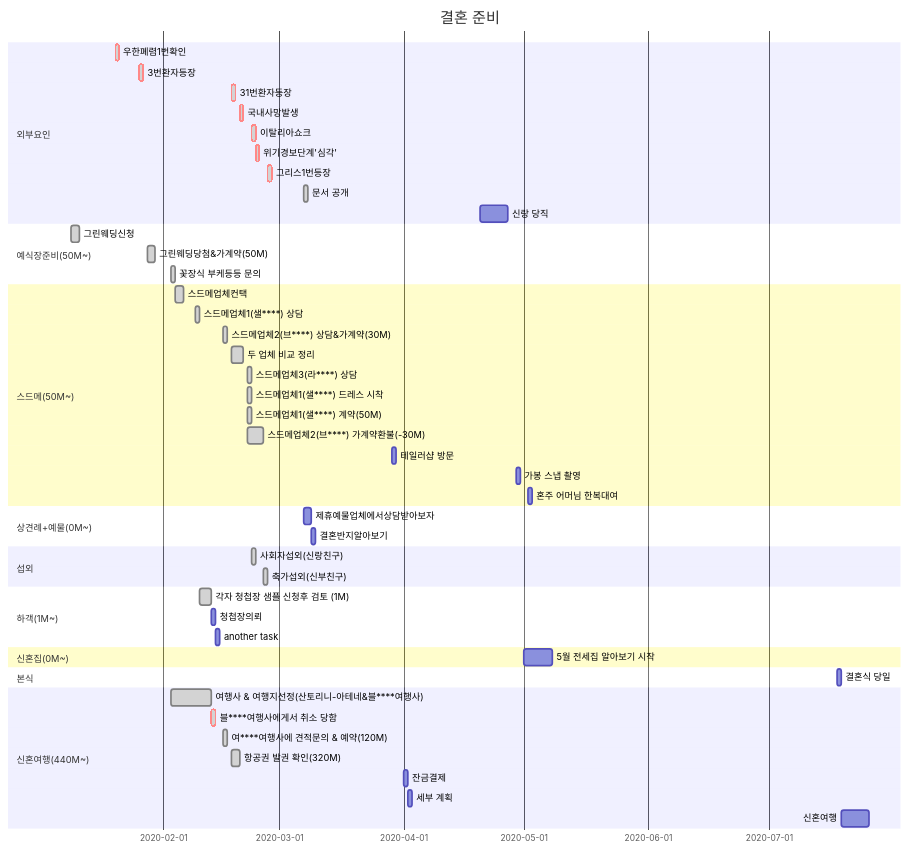
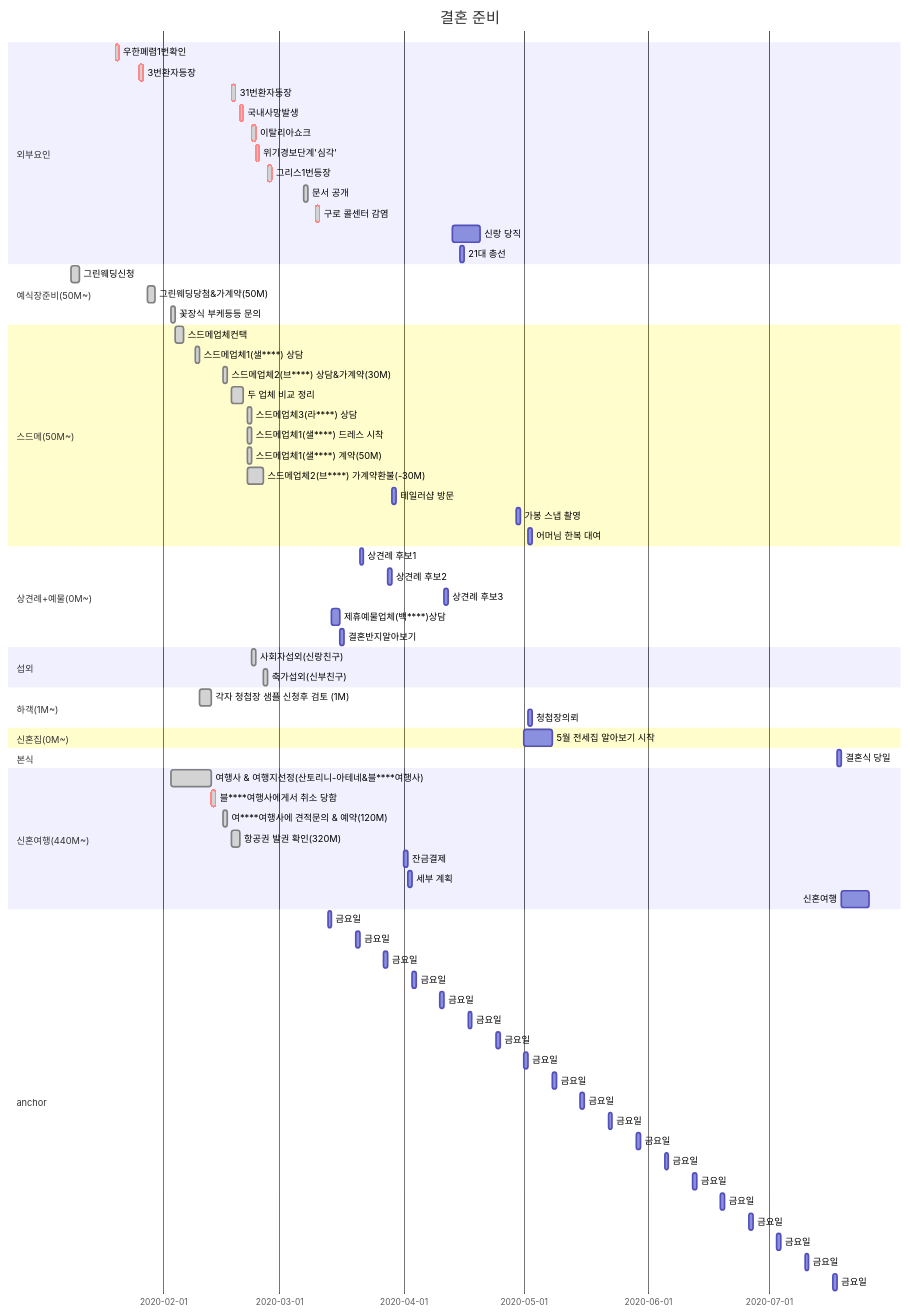
The diagram in docs/_static/journal.mmd (rino0601/hjk52knk), drawn with Mermaid before and after one commit. The commit also changed 3 other files, not shown here.

```diff
--- a/docs/_static/journal.mmd
+++ b/docs/_static/journal.mmd
@@ -1,61 +1,85 @@
 gantt
   title 결혼 준비
   dateFormat  YYYY-MM-DD
 
   section 외부요인
     우한폐렴1번확인: done, crit, 2020-01-20, 1d
     3번환자등장: done, crit, 2020-01-26, 1d
     31번환자등장: done, crit, 2020-02-18, 1d
     국내사망발생: done, crit, 2020-02-20, 1d
     이탈리아쇼크: done, crit, 2020-02-23, 1d
     위기경보단계'심각': done, crit, 2020-02-24, 1d
     그리스1번등장: done, crit, 2020-02-27, 1d
     문서 공개: done, 2020-03-07, 1d
-    신랑 당직: 2020-04-20, 7d
-
+    구로 콜센터 감염: done, crit, 2020-03-10, 1d
+    신랑 당직: 2020-04-13, 2020-04-20
+    21대 총선: 2020-04-15, 1d
 
   section 예식장준비(50M~)
     그린웨딩신청: done, 2020-01-09, 2d
     그린웨딩당첨&가계약(50M): done, 2020-01-28, 2d
     꽃장식 부케등등 문의: done, 2020-02-03, 1d
 
   section 스드메(50M~)
     스드메업체컨택: done, 2020-02-04, 2d
     스드메업체1(샐****) 상담: done, 2020-02-09, 1d
     스드메업체2(브****) 상담&가계약(30M): done, 2020-02-16, 1d
     두 업체 비교 정리: done, 2020-02-18, 2020-02-21
     스드메업체3(라****) 상담: done, 2020-02-22, 1d
     스드메업체1(샐****) 드레스 시착: done, 2020-02-22, 1d
     스드메업체1(샐****) 계약(50M): done, 2020-02-22, 1d
     스드메업체2(브****) 가계약환불(-30M): done, 2020-02-22, 2020-02-26
     테일러샵 방문: 2020-03-29, 1d
     가봉 스냅 촬영: 2020-04-29, 1d
-    혼주 어머님 한복대여: 2020-05-02, 1d
+    어머님 한복 대여: 2020-05-02, 1d
 
   section 상견례+예물(0M~)
-    제휴예물업체에서상담받아보자: 2020-03-07, 2d
+    상견례 후보1: 2020-03-21, 1d
+    상견례 후보2: 2020-03-28, 1d
+    상견례 후보3: 2020-04-11, 1d
+    제휴예물업체(백****)상담: after a18, 2d
     결혼반지알아보기: 1d
 
   section 섭외
     사회자섭외(신랑친구): done, 2020-02-23, 1d
     축가섭외(신부친구): done, 2020-02-26, 1d
 
   section 하객(1M~)
     각자 청첩장 샘플 신청후 검토 (1M): done, 2020-02-10, 2020-02-13
-    청첩장의뢰                :1d
-    another task             :1d
+    청첩장의뢰                : after a11, 1d
 
   section 신혼집(0M~)
     5월 전세집 알아보기 시작: 2020-05-01, 7d
 
   section 본식
     결혼식 당일: dday, 2020-07-18  , 1d
 
   section 신혼여행(440M~)
     여행사 & 여행지선정(산토리니-아테네&블****여행사): done, 2020-02-03, 2020-02-13
     블****여행사에게서 취소 당함: done, crit, 2020-02-13, 1d
     여****여행사에 견적문의 & 예약(120M): done, 2020-02-16, 2020-02-17
     항공권 발권 확인(320M): done, 2020-02-18, 2020-02-20
     잔금결제: 2020-04-01, 1d
     세부 계획: 1d
     신혼여행: 2020-07-19, 2020-07-26
+
+  section anchor
+    금요일: a18, 2020-03-13, 1d
+    금요일: a17, 2020-03-20, 1d
+    금요일: a16, 2020-03-27, 1d
+    금요일: a15, 2020-04-03, 1d
+    금요일: a14, 2020-04-10, 1d
+    금요일: a13, 2020-04-17, 1d
+    금요일: a12, 2020-04-24, 1d
+    금요일: a11, 2020-05-01, 1d
+    금요일: a10, 2020-05-08, 1d
+    금요일: a9, 2020-05-15, 1d
+    금요일: a8, 2020-05-22, 1d
+    금요일: a7, 2020-05-29, 1d
+    금요일: a6, 2020-06-05, 1d
+    금요일: a5, 2020-06-12, 1d
+    금요일: a4, 2020-06-19, 1d
+    금요일: a3, 2020-06-26, 1d
+    금요일: a2, 2020-07-03, 1d
+    금요일: a1, 2020-07-10, 1d
+    금요일: a0, 2020-07-17, 1d
```
